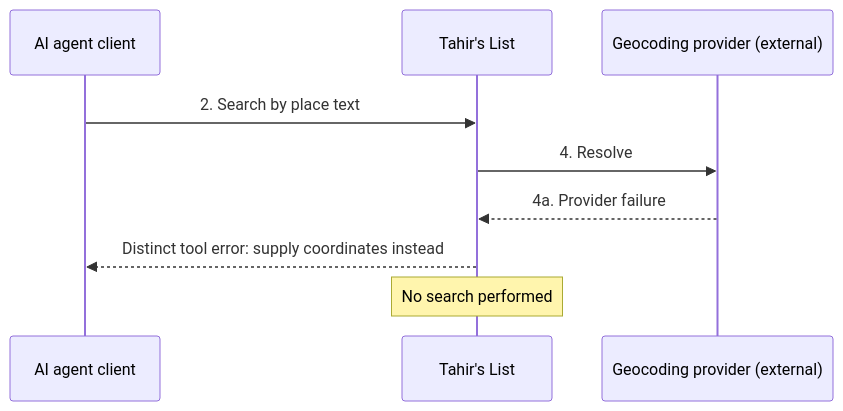
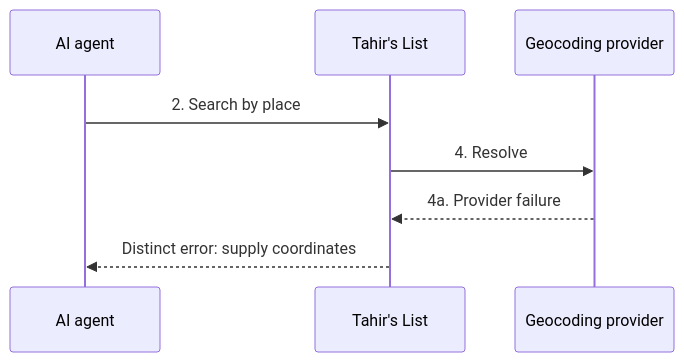
Before and after one commit to Losers-Lab/tahirs-list: the seventh of 7 diagrams in docs/features/SC-209/04-blackbox/UC-01-search-restaurants.md, drawn with Mermaid. The commit also changed other lines of this file and 10 other files, not shown here.

Commit message:
[SC-209] Retrofit design to diagram-first standard

````diff
--- a/docs/features/SC-209/04-blackbox/UC-01-search-restaurants.md
+++ b/docs/features/SC-209/04-blackbox/UC-01-search-restaurants.md
@@ -121,12 +73,10 @@
 ```mermaid
 sequenceDiagram
-    participant AG as AI agent client
+    participant AG as AI agent
     participant TL as Tahir's List
-    participant GEO as Geocoding provider (external)
-
-    AG->>TL: 2. Search by place text
+    participant GEO as Geocoding provider
+    AG->>TL: 2. Search by place
     TL->>GEO: 4. Resolve
     GEO-->>TL: 4a. Provider failure
-    TL-->>AG: Distinct tool error: supply coordinates instead
-    Note over TL: No search performed
+    TL-->>AG: Distinct error: supply coordinates
 ```
````
